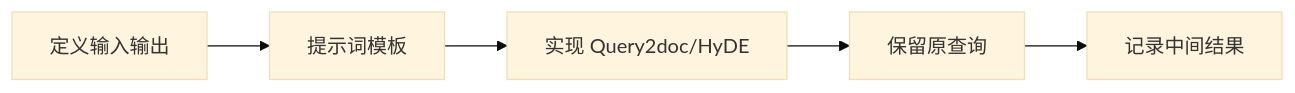
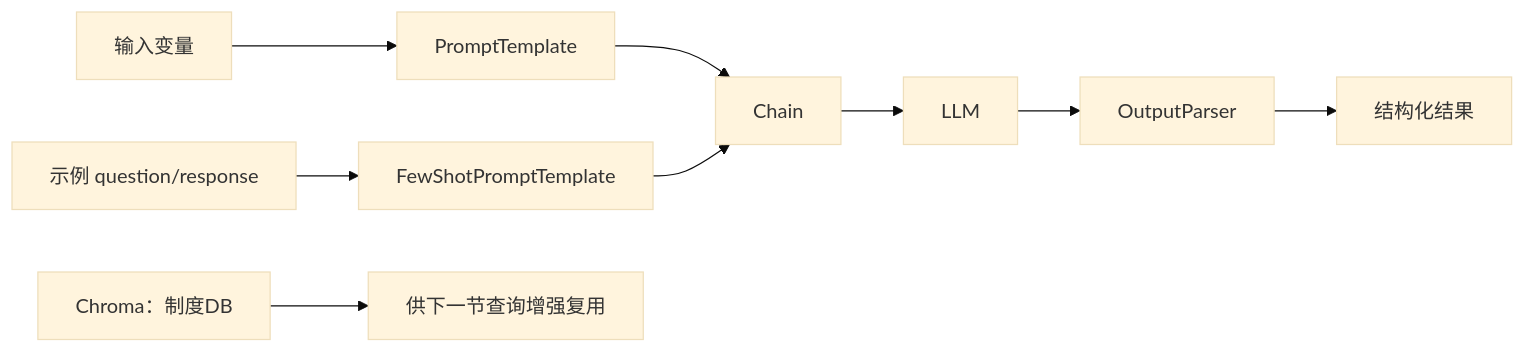
Before and after one commit to luyunix/rag_study: the diagram in web/public/notes/09-advanced-retrieval/p061-实战-用检索增强技术提升制度问答模块性能-查询增强-1.md, drawn with Mermaid (base theme). The commit also changed other lines of this file and 306 other files, not shown here.

````diff
--- a/web/public/notes/09-advanced-retrieval/p061-实战-用检索增强技术提升制度问答模块性能-查询增强-1.md
+++ b/web/public/notes/09-advanced-retrieval/p061-实战-用检索增强技术提升制度问答模块性能-查询增强-1.md
@@ -17,12 +18,11 @@
 ```mermaid
 flowchart LR
-    N0["定义输入输出"]
-    N1["提示词模板"]
-    N2["实现 Query2doc/HyDE"]
-    N3["保留原查询"]
-    N4["记录中间结果"]
-    N0 --> N1
-    N1 --> N2
-    N2 --> N3
-    N3 --> N4
+    I["输入变量"] --> PT["PromptTemplate"]
+    EX["示例 question/response"] --> FS["FewShotPromptTemplate"]
+    PT --> C["Chain"]
+    FS --> C
+    C --> L["LLM"]
+    L --> OP["OutputParser"]
+    OP --> R["结构化结果"]
+    DB["Chroma：制度DB"] --> NEXT["供下一节查询增强复用"]
 ```
````
